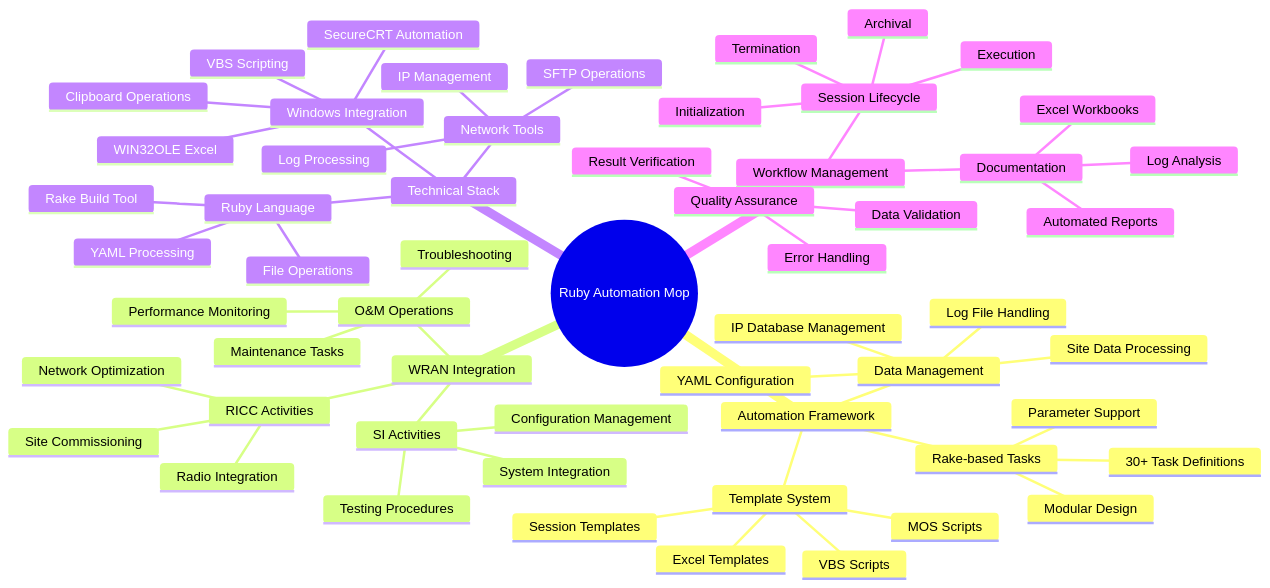
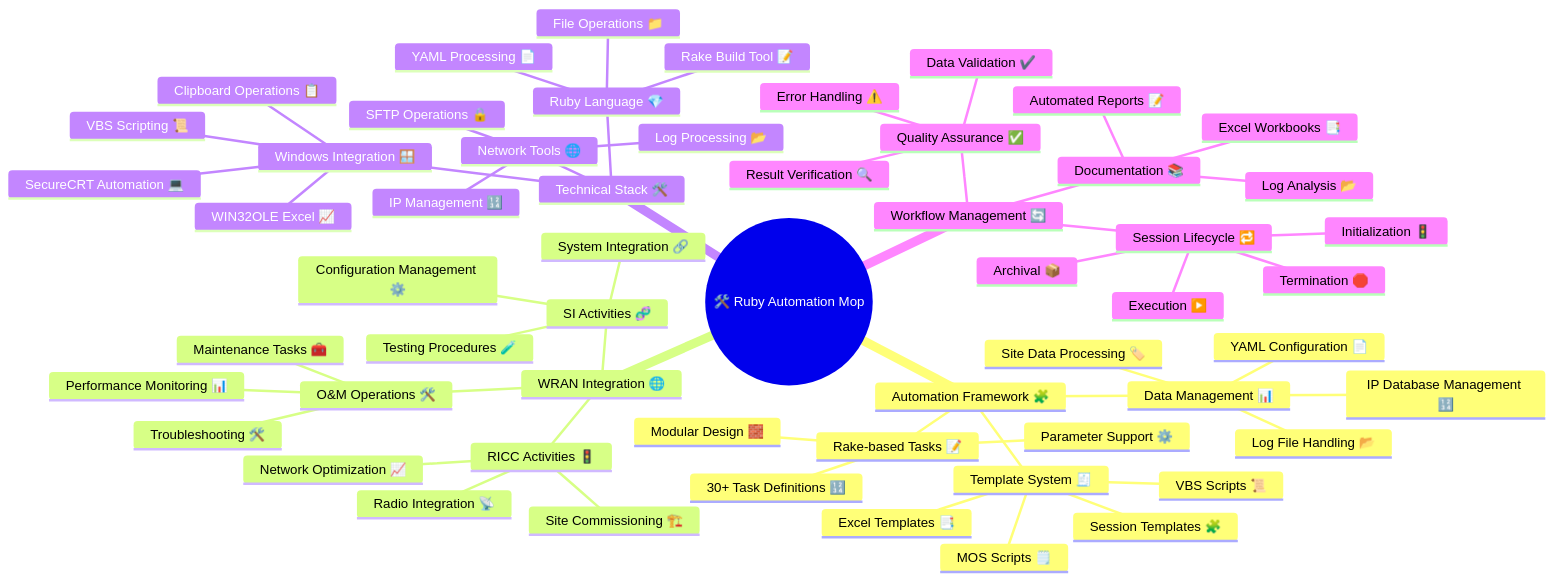
One commit to enogrob/project-automation-mop changed the fourth of 4 diagrams in README.md. Above: the diagram before and after it, drawn with Mermaid. The commit also changed other lines of this file, not shown here.

````diff
--- a/README.md
+++ b/README.md
@@ -222,63 +235,64 @@
 ```mermaid
+%%{init: { 'themeVariables': { 'primaryColor': '#ffe0e0', 'edgeLabelBackground':'#fff', 'fontSize': '16px', 'fontFamily': 'Inter, Arial', 'nodeTextColor': '#333', 'secondaryColor': '#e0f7fa', 'tertiaryColor': '#f6e7ff', 'background': '#f9f9fb' } } }%%
 mindmap
-    root((Ruby Automation Mop))
-        Automation Framework
-            Rake-based Tasks
-                30+ Task Definitions
-                Modular Design
-                Parameter Support
-            Template System
-                Excel Templates
-                VBS Scripts
-                MOS Scripts
-                Session Templates
-            Data Management
-                YAML Configuration
-                Site Data Processing
-                Log File Handling
-                IP Database Management
+    root((🛠️ Ruby Automation Mop))
+        Automation Framework 🧩
+            Rake-based Tasks 📝
+                30+ Task Definitions 🔢
+                Modular Design 🧱
+                Parameter Support ⚙️
+            Template System 🧾
+                Excel Templates 📑
+                VBS Scripts 📜
+                MOS Scripts 🗒️
+                Session Templates 🧩
+            Data Management 📊
+                YAML Configuration 📄
+                Site Data Processing 🏷️
+                Log File Handling 📂
+                IP Database Management 🔢
         
-        WRAN Integration
-            RICC Activities
-                Radio Integration
-                Network Optimization
-                Site Commissioning
-            O&M Operations
-                Maintenance Tasks
-                Performance Monitoring
-                Troubleshooting
-            SI Activities
-                System Integration
-                Configuration Management
-                Testing Procedures
+        WRAN Integration 🌐
+            RICC Activities 🚦
+                Radio Integration 📡
+                Network Optimization 📈
+                Site Commissioning 🏗️
+            O&M Operations 🛠️
+                Maintenance Tasks 🧰
+                Performance Monitoring 📊
+                Troubleshooting 🛠️
+            SI Activities 🧬
+                System Integration 🔗
+                Configuration Management ⚙️
+                Testing Procedures 🧪
         
-        Technical Stack
-            Ruby Language
-                Rake Build Tool
-                YAML Processing
-                File Operations
-            Windows Integration
-                WIN32OLE Excel
-                SecureCRT Automation
-                Clipboard Operations
-                VBS Scripting
-            Network Tools
-                SFTP Operations
-                Log Processing
-                IP Management
+        Technical Stack 🛠️
+            Ruby Language 💎
+                Rake Build Tool 📝
+                YAML Processing 📄
+                File Operations 📁
+            Windows Integration 🪟
+                WIN32OLE Excel 📈
+                SecureCRT Automation 💻
+                Clipboard Operations 📋
+                VBS Scripting 📜
+            Network Tools 🌐
+                SFTP Operations 🔒
+                Log Processing 📂
+                IP Management 🔢
         
-        Workflow Management
-            Session Lifecycle
-                Initialization
-                Execution
-                Termination
-                Archival
-            Quality Assurance
-                Data Validation
-                Error Handling
-                Result Verification
-            Documentation
-                Automated Reports
-                Excel Workbooks
-                Log Analysis
+        Workflow Management 🔄
+            Session Lifecycle 🔁
+                Initialization 🚦
+                Execution ▶️
+                Termination 🛑
+                Archival 📦
+            Quality Assurance ✅
+                Data Validation ✔️
+                Error Handling ⚠️
+                Result Verification 🔍
+            Documentation 📚
+                Automated Reports 📝
+                Excel Workbooks 📑
+                Log Analysis 📂
 ```
````
